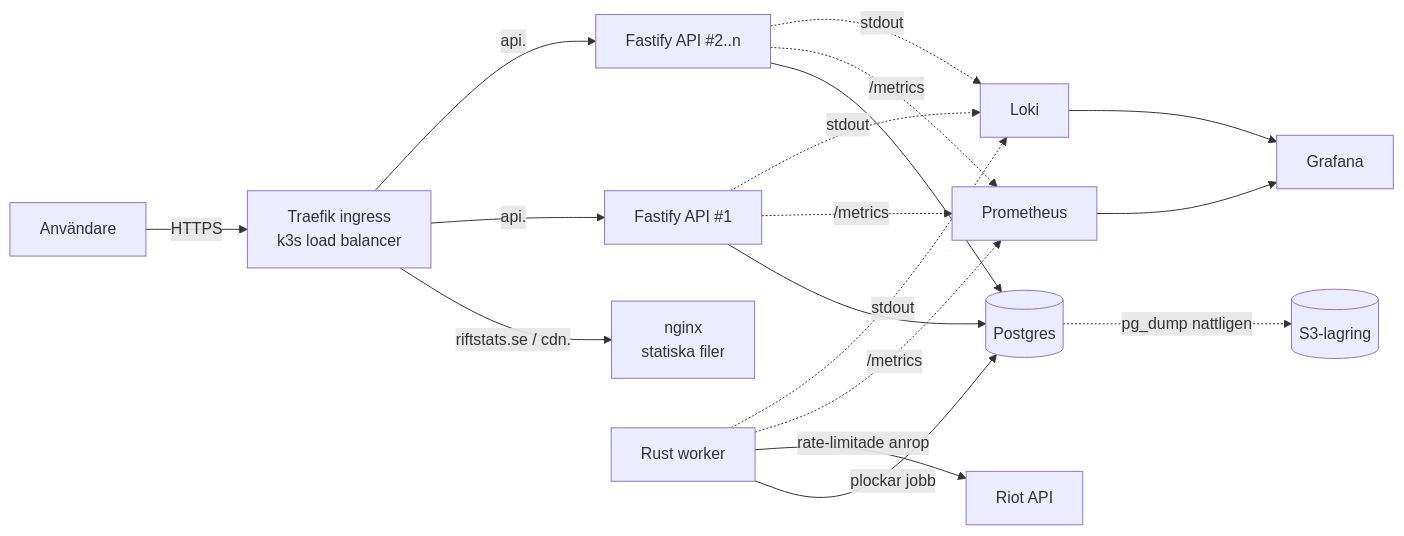
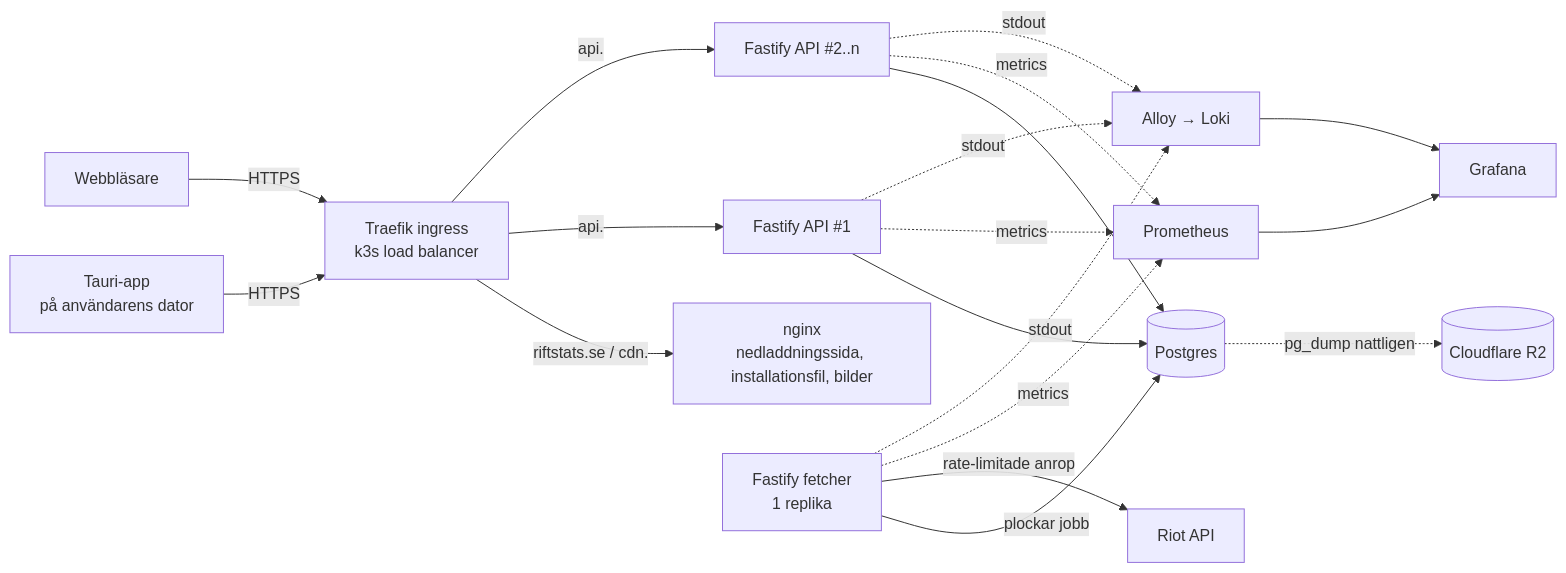
One commit to riftstats-1/riftstats changed the diagram in README.md. Above: the diagram before and after it, drawn with Mermaid. The commit also changed other lines of this file, not shown here.

Commit message:
README: Tauri-upplägget och nuvarande infrastruktur

````diff
--- a/README.md
+++ b/README.md
@@ -64,16 +65,17 @@
 ```mermaid
 flowchart LR
-    U[Användare] -->|HTTPS| T[Traefik ingress<br/>k3s load balancer]
-    T -->|riftstats.se / cdn.| N[nginx<br/>statiska filer]
+    D[Tauri-app<br/>på användarens dator] -->|HTTPS| T[Traefik ingress<br/>k3s load balancer]
+    B[Webbläsare] -->|HTTPS| T
+    T -->|riftstats.se / cdn.| N[nginx<br/>nedladdningssida, installationsfil, bilder]
     T -->|api.| A1[Fastify API #1]
     T -->|api.| A2[Fastify API #2..n]
     A1 --> P[(Postgres)]
     A2 --> P
-    W[Rust worker] -->|plockar jobb| P
-    W -->|rate-limitade anrop| R[Riot API]
-    P -.->|pg_dump nattligen| S3[(S3-lagring)]
-    A1 & A2 & W -.->|/metrics| PR[Prometheus]
-    A1 & A2 & W -.->|stdout| L[Loki]
+    F[Fastify fetcher<br/>1 replika] -->|plockar jobb| P
+    F -->|rate-limitade anrop| R[Riot API]
+    P -.->|pg_dump nattligen| S3[(Cloudflare R2)]
+    A1 & A2 & F -.->|metrics| PR[Prometheus]
+    A1 & A2 & F -.->|stdout| L[Alloy → Loki]
     PR --> G[Grafana]
     L --> G
 ```
````
